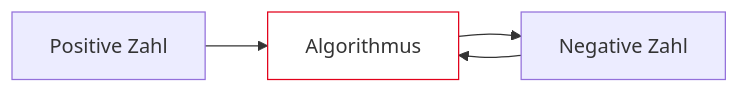
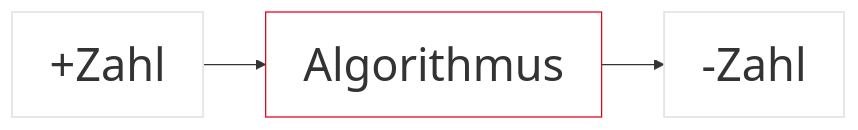
The ninth of 38 diagrams in vorlesungen/01_kickoff.qmd (dantschi/mct1), drawn with Mermaid before and after one commit. The commit also changed other lines of this file and 6 other files, not shown here.

First line of the commit message:
Behebe Mermaid-Lesbarkeit und Folien-Overflow im Kickoff.

````diff
--- a/vorlesungen/01_kickoff.qmd
+++ b/vorlesungen/01_kickoff.qmd
@@ -440,7 +431,8 @@
 ```{mermaid}
+%%{init: {'themeVariables': {'fontSize': '36px', 'fontFamily': 'Inter, sans-serif'}}}%%
 graph LR
-  A[Positive Zahl] --> B[Algorithmus]
-  B --> C[Negative Zahl]
-  C --> B
+  A[+Zahl] --> B[Algorithmus] --> C[-Zahl]
   style B fill:#FFFFFF,stroke:#E2001A,stroke-width:2px !important
+  style A fill:#FFFFFF,stroke:#E5E5EA,stroke-width:1.5px
+  style C fill:#FFFFFF,stroke:#E5E5EA,stroke-width:1.5px
 ```
````
